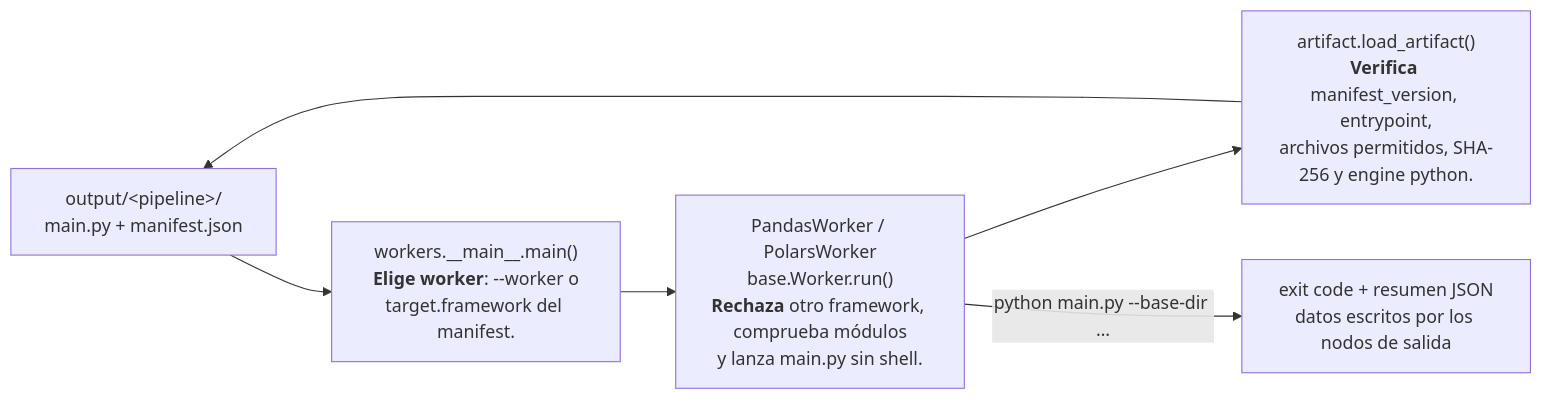
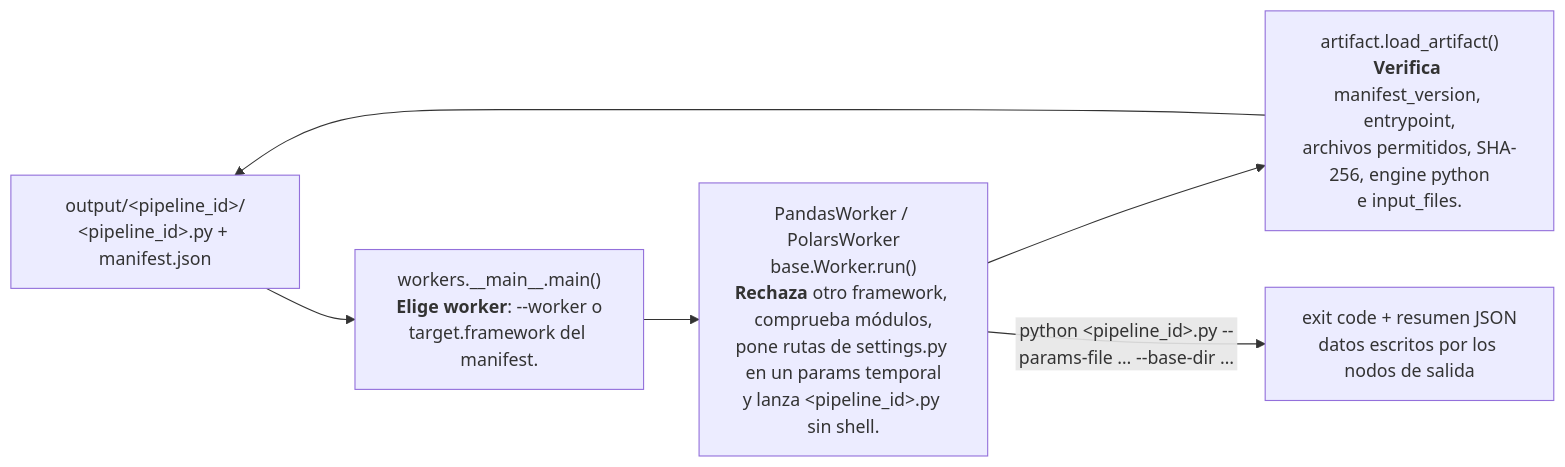
One commit to FabiusC/mini-engine changed the third of 3 diagrams in docs/CODEGEN_COMPONENTS.md. Above: the diagram before and after it, drawn with Mermaid. The commit also changed other lines of this file and 76 other files, not shown here.

````diff
--- a/docs/CODEGEN_COMPONENTS.md
+++ b/docs/CODEGEN_COMPONENTS.md
@@ -131,12 +130,12 @@
 ```mermaid
 flowchart LR
-    ART["output/&lt;pipeline&gt;/<br/>main.py + manifest.json"]
+    ART["output/&lt;pipeline_id&gt;/<br/>&lt;pipeline_id&gt;.py + manifest.json"]
     WCLI["workers.__main__.main()<br/><b>Elige worker</b>: --worker o<br/>target.framework del manifest."]
-    LOAD["artifact.load_artifact()<br/><b>Verifica</b> manifest_version, entrypoint,<br/>archivos permitidos, SHA-256 y engine python."]
-    WORKER["PandasWorker / PolarsWorker<br/>base.Worker.run()<br/><b>Rechaza</b> otro framework, comprueba módulos<br/>y lanza main.py sin shell."]
+    LOAD["artifact.load_artifact()<br/><b>Verifica</b> manifest_version, entrypoint,<br/>archivos permitidos, SHA-256, engine python<br/>e input_files."]
+    WORKER["PandasWorker / PolarsWorker<br/>base.Worker.run()<br/><b>Rechaza</b> otro framework, comprueba módulos,<br/>pone rutas de settings.py en un params temporal<br/>y lanza &lt;pipeline_id&gt;.py sin shell."]
     RESULT["exit code + resumen JSON<br/>datos escritos por los nodos de salida"]
 
     ART --> WCLI --> WORKER
     WORKER --> LOAD --> ART
-    WORKER -->|"python main.py --base-dir …"| RESULT
+    WORKER -->|"python &lt;pipeline_id&gt;.py --params-file … --base-dir …"| RESULT
 ```
````
